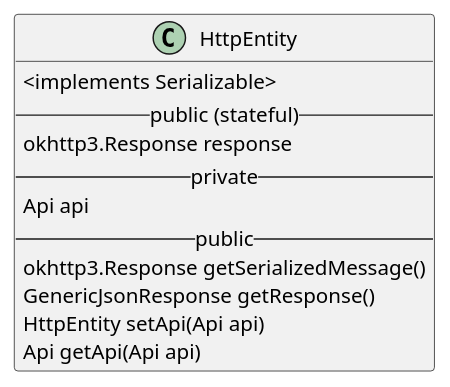
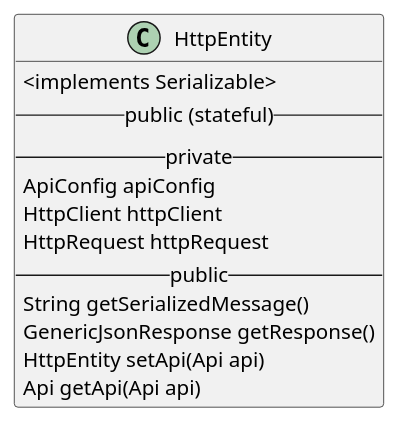
Before and after one commit to datakaveri/iudx-adaptor-framework: the diagram in docs/diagrams/HttpEntity.puml, drawn with PlantUML. The commit also changed 31 other files, not shown here.

Commit message:
HttpSource flow primer up

```diff
--- a/docs/diagrams/HttpEntity.puml
+++ b/docs/diagrams/HttpEntity.puml
@@ -1,14 +1,15 @@
 @startuml
 class HttpEntity  {
     <implements Serializable>
   -- public (stateful) --
-  okhttp3.Response response
   -- private --
-  Api api
+  ApiConfig apiConfig
+  HttpClient httpClient
+  HttpRequest httpRequest
   -- public --
-  okhttp3.Response getSerializedMessage()
+  String getSerializedMessage()
   GenericJsonResponse getResponse()
   HttpEntity setApi(Api api)
   Api getApi(Api api)
 }
 @enduml
```
